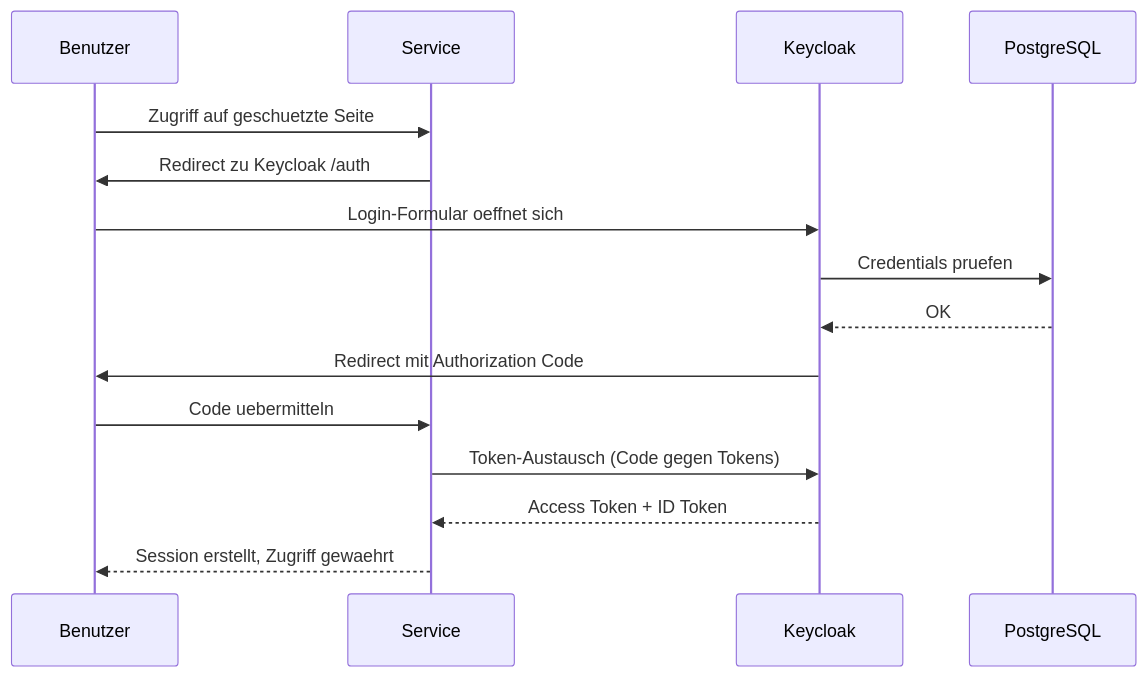
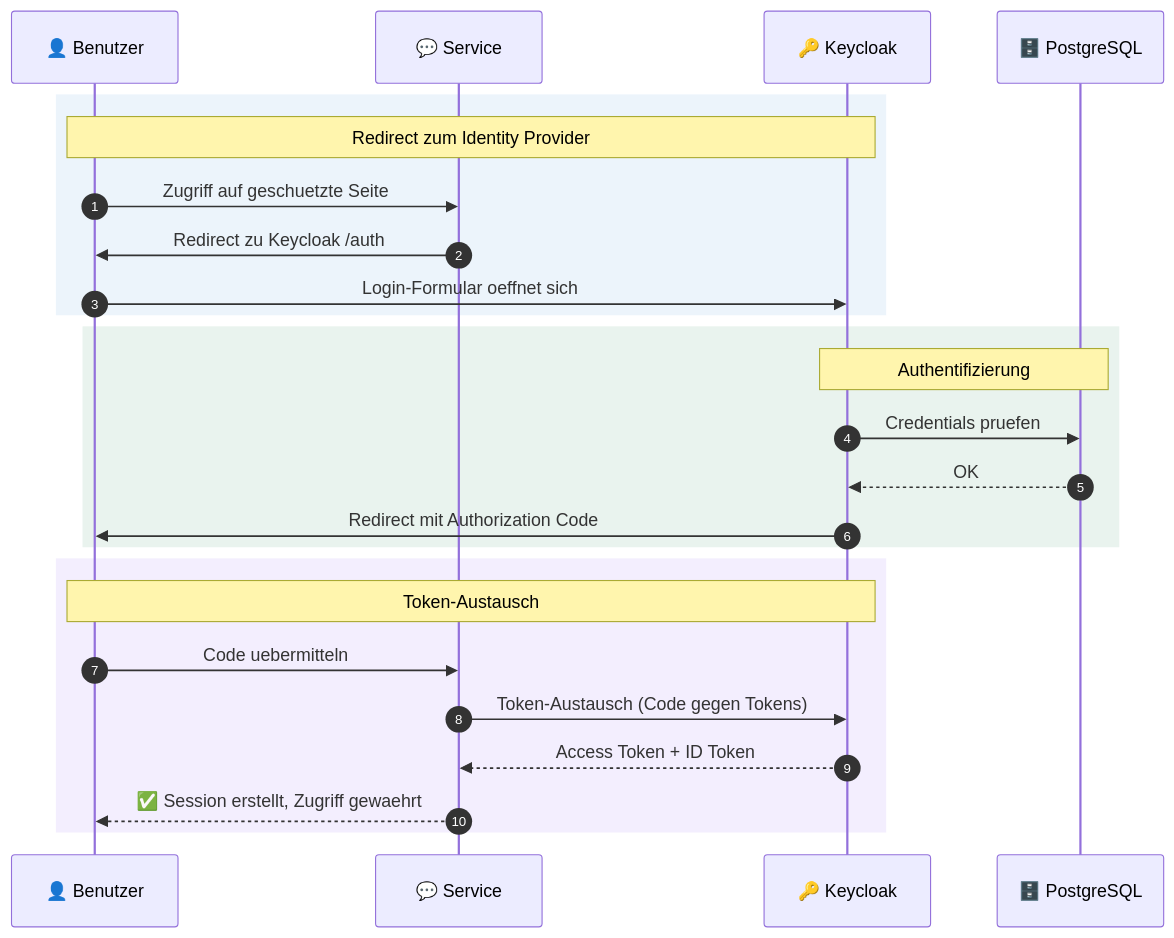
The second of 2 diagrams in docs/keycloak.md (Paddione/Bachelorprojekt), drawn with Mermaid before and after one commit. The commit also changed other lines of this file and 6 other files, not shown here.

First line of the commit message:
docs: Dokumentation ins Deutsche übersetzen und Mermaid-Diagramme visuell aufwerten

````diff
--- a/docs/keycloak.md
+++ b/docs/keycloak.md
@@ -55,18 +69,31 @@
 ```mermaid
 sequenceDiagram
-    participant U as Benutzer
-    participant S as Service
-    participant KC as Keycloak
-    participant DB as PostgreSQL
+    autonumber
 
-    U->>S: Zugriff auf geschuetzte Seite
-    S->>U: Redirect zu Keycloak /auth
-    U->>KC: Login-Formular oeffnet sich
-    KC->>DB: Credentials pruefen
-    DB-->>KC: OK
-    KC->>U: Redirect mit Authorization Code
-    U->>S: Code uebermitteln
-    S->>KC: Token-Austausch (Code gegen Tokens)
-    KC-->>S: Access Token + ID Token
-    S-->>U: Session erstellt, Zugriff gewaehrt
+    participant U as 👤 Benutzer
+    participant S as 💬 Service
+    participant KC as 🔑 Keycloak
+    participant DB as 🗄️ PostgreSQL
+
+    rect rgba(74, 144, 217, 0.1)
+        Note over U,KC: Redirect zum Identity Provider
+        U->>S: Zugriff auf geschuetzte Seite
+        S->>U: Redirect zu Keycloak /auth
+        U->>KC: Login-Formular oeffnet sich
+    end
+
+    rect rgba(45, 134, 89, 0.1)
+        Note over KC,DB: Authentifizierung
+        KC->>DB: Credentials pruefen
+        DB-->>KC: OK
+        KC->>U: Redirect mit Authorization Code
+    end
+
+    rect rgba(139, 92, 246, 0.1)
+        Note over U,KC: Token-Austausch
+        U->>S: Code uebermitteln
+        S->>KC: Token-Austausch (Code gegen Tokens)
+        KC-->>S: Access Token + ID Token
+        S-->>U: ✅ Session erstellt, Zugriff gewaehrt
+    end
 ```
````
